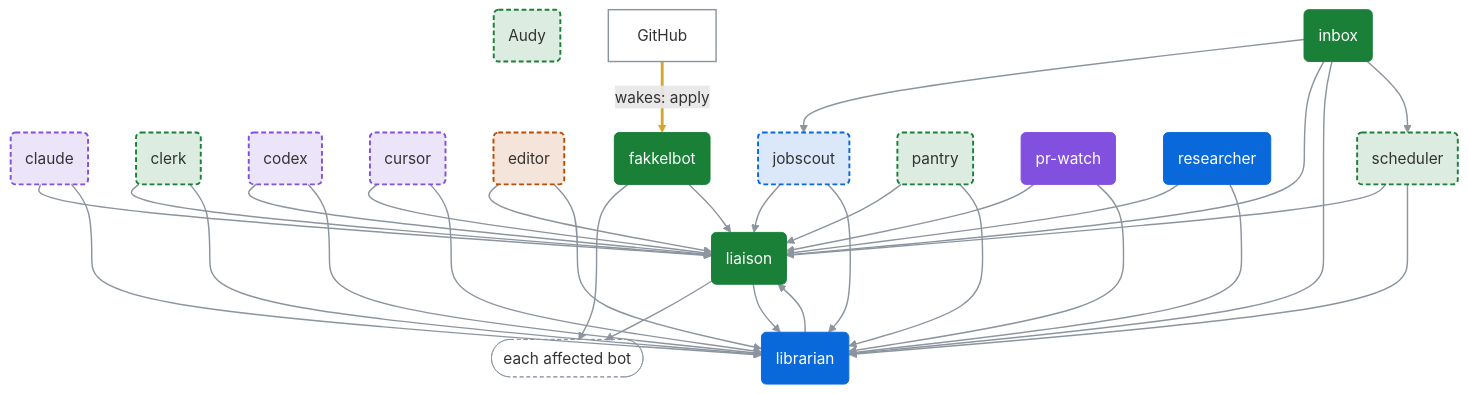
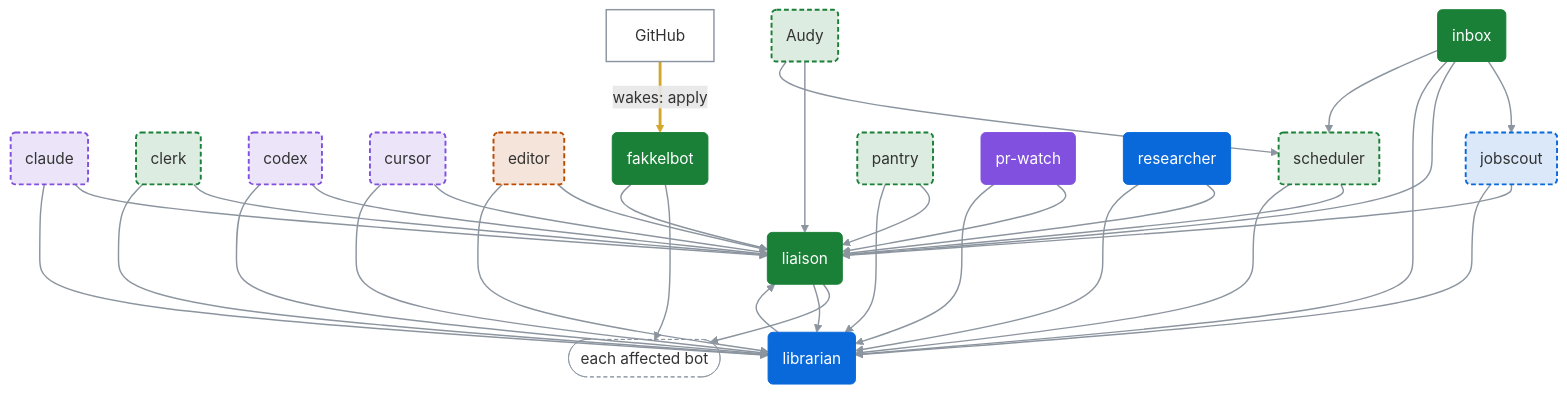
One commit to dfakkeldy/fakkelbot changed the first of 2 diagrams in docs/bot-chart.md. Above: the diagram before and after it, drawn with Mermaid. The commit also changed other lines of this file and 6 other files, not shown here.

````diff
--- a/docs/bot-chart.md
+++ b/docs/bot-chart.md
@@ -13,71 +13,73 @@
 ```mermaid
 %%{init: {"flowchart": {"curve": "basis"}}}%%
 flowchart TB
     bot_audy("Audy")
     bot_claude("claude")
     bot_clerk("clerk")
     bot_codex("codex")
     bot_cursor("cursor")
     bot_editor("editor")
     bot_fakkelbot("fakkelbot")
     bot_inbox("inbox")
     bot_jobscout("jobscout")
     bot_liaison("liaison")
     bot_librarian("librarian")
     bot_pantry("pantry")
     bot_pr_watch("pr-watch")
     bot_researcher("researcher")
     bot_scheduler("scheduler")
     fan_each_affected_bot(["each affected bot"])
     sys_github["GitHub"]
+    bot_audy --> bot_liaison
+    bot_audy --> bot_scheduler
     bot_claude --> bot_liaison
     bot_claude --> bot_librarian
     bot_clerk --> bot_liaison
     bot_clerk --> bot_librarian
     bot_codex --> bot_liaison
     bot_codex --> bot_librarian
     bot_cursor --> bot_liaison
     bot_cursor --> bot_librarian
     bot_editor --> bot_liaison
     bot_editor --> bot_librarian
     bot_fakkelbot --> fan_each_affected_bot
     bot_fakkelbot --> bot_liaison
     bot_inbox --> bot_jobscout
     bot_inbox --> bot_liaison
     bot_inbox --> bot_librarian
     bot_inbox --> bot_scheduler
     bot_jobscout --> bot_liaison
     bot_jobscout --> bot_librarian
     bot_liaison --> fan_each_affected_bot
     bot_liaison --> bot_librarian
     bot_librarian --> bot_liaison
     bot_pantry --> bot_liaison
     bot_pantry --> bot_librarian
     bot_pr_watch --> bot_liaison
     bot_pr_watch --> bot_librarian
     bot_researcher --> bot_liaison
     bot_researcher --> bot_librarian
     bot_scheduler --> bot_liaison
     bot_scheduler --> bot_librarian
     sys_github ==>|"wakes: apply"| bot_fakkelbot
     classDef daily_life_optional fill:#1a7f3726,stroke:#1a7f37,stroke-width:2px,stroke-dasharray:5 3
     class bot_audy,bot_clerk,bot_pantry,bot_scheduler daily_life_optional
     classDef builders_optional fill:#8250df26,stroke:#8250df,stroke-width:2px,stroke-dasharray:5 3
     class bot_claude,bot_codex,bot_cursor builders_optional
     classDef content_optional fill:#bc4c0026,stroke:#bc4c00,stroke-width:2px,stroke-dasharray:5 3
     class bot_editor content_optional
     classDef daily_life fill:#1a7f37,stroke:#1a7f37,color:#ffffff
     class bot_fakkelbot,bot_inbox,bot_liaison daily_life
     classDef work_optional fill:#0969da26,stroke:#0969da,stroke-width:2px,stroke-dasharray:5 3
     class bot_jobscout work_optional
     classDef work fill:#0969da,stroke:#0969da,color:#ffffff
     class bot_librarian,bot_researcher work
     classDef builders fill:#8250df,stroke:#8250df,color:#ffffff
     class bot_pr_watch builders
     classDef system fill:transparent,stroke:#8c959f,stroke-width:1.5px
     class sys_github system
     classDef fan_out fill:transparent,stroke:#8c959f,stroke-dasharray:4 3
     class fan_each_affected_bot fan_out
-    linkStyle 0,1,2,3,4,5,6,7,8,9,10,11,12,13,14,15,16,17,18,19,20,21,22,23,24,25,26,27,28 stroke:#8c959f,stroke-width:1.5px
-    linkStyle 29 stroke:#d4a72c,stroke-width:3px
+    linkStyle 0,1,2,3,4,5,6,7,8,9,10,11,12,13,14,15,16,17,18,19,20,21,22,23,24,25,26,27,28,29,30 stroke:#8c959f,stroke-width:1.5px
+    linkStyle 31 stroke:#d4a72c,stroke-width:3px
 ```
````
